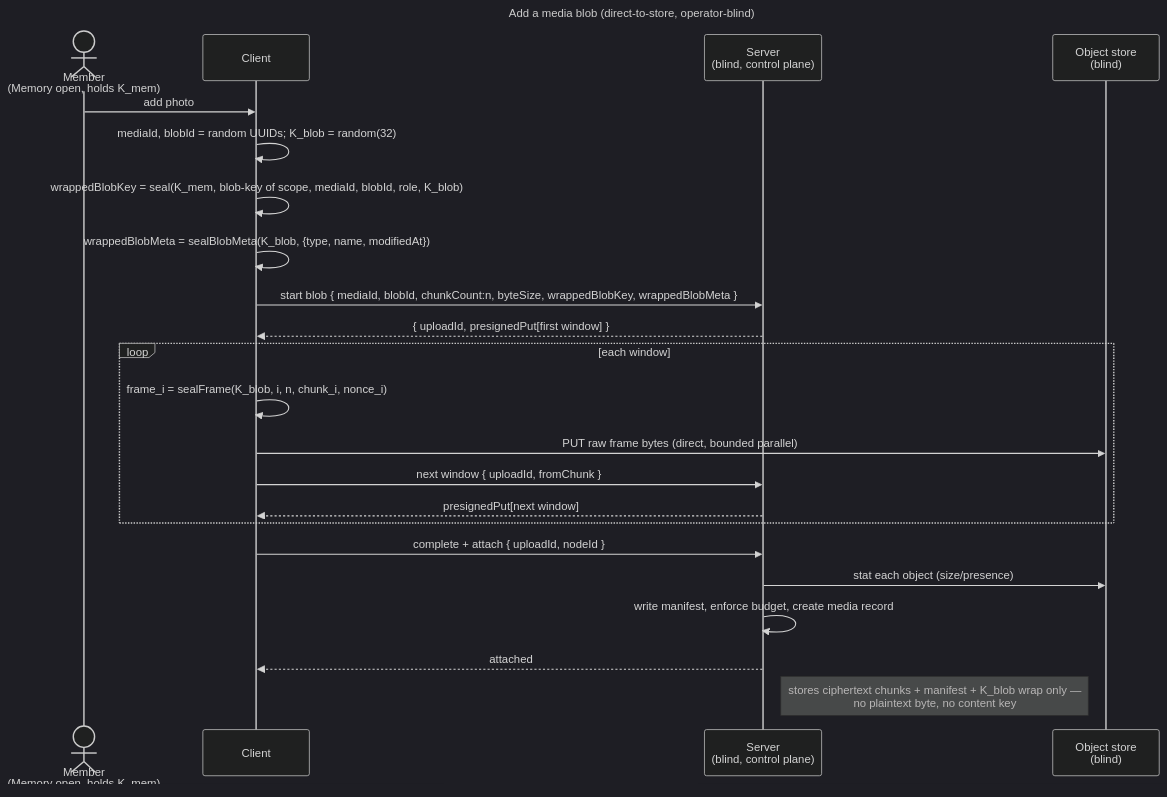
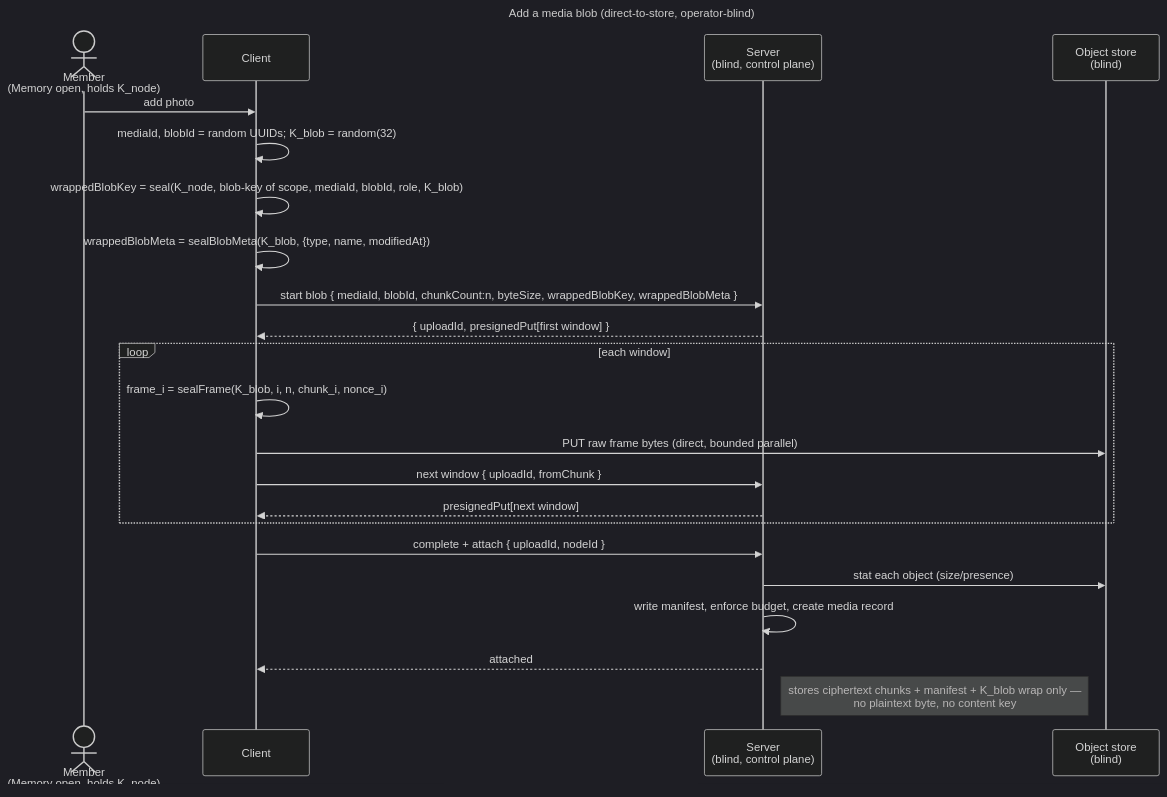
The diagram in docs/features/memory/enablers/en.memory.media.md (raddatzk/veyq), drawn with Mermaid (dark theme) before and after one commit. The commit also changed other lines of this file and 61 other files, not shown here.

Commit message:
docs: the node content key is K_node in ADRs, use-cases, enablers and coverage (cr-k-mem-becomes-k-node phase 2)

````diff
--- a/docs/features/memory/enablers/en.memory.media.md
+++ b/docs/features/memory/enablers/en.memory.media.md
@@ -91,27 +91,27 @@
 ```mermaid
 ---
 title: Add a media blob (direct-to-store, operator-blind)
 ---
 sequenceDiagram
-  actor U as Member<br>(Memory open, holds K_mem)
+  actor U as Member<br>(Memory open, holds K_node)
   participant C as Client
   participant S as Server<br>(blind, control plane)
   participant O as Object store<br>(blind)
   U->>C: add photo
   C->>C: mediaId, blobId = random UUIDs#59; K_blob = random(32)
-  C->>C: wrappedBlobKey = seal(K_mem, blob-key of scope, mediaId, blobId, role, K_blob)
+  C->>C: wrappedBlobKey = seal(K_node, blob-key of scope, mediaId, blobId, role, K_blob)
   C->>C: wrappedBlobMeta = sealBlobMeta(K_blob, {type, name, modifiedAt})
   C->>S: start blob { mediaId, blobId, chunkCount:n, byteSize, wrappedBlobKey, wrappedBlobMeta }
   S-->>C: { uploadId, presignedPut[first window] }
   loop each window
     C->>C: frame_i = sealFrame(K_blob, i, n, chunk_i, nonce_i)
     C->>O: PUT raw frame bytes  (direct, bounded parallel)
     C->>S: next window { uploadId, fromChunk }
     S-->>C: presignedPut[next window]
   end
   C->>S: complete + attach { uploadId, nodeId }
   S->>O: stat each object (size/presence)
   S->>S: write manifest, enforce budget, create media record
   S-->>C: attached
   Note right of S: stores ciphertext chunks + manifest + K_blob wrap only —<br>no plaintext byte, no content key
 ```
````
